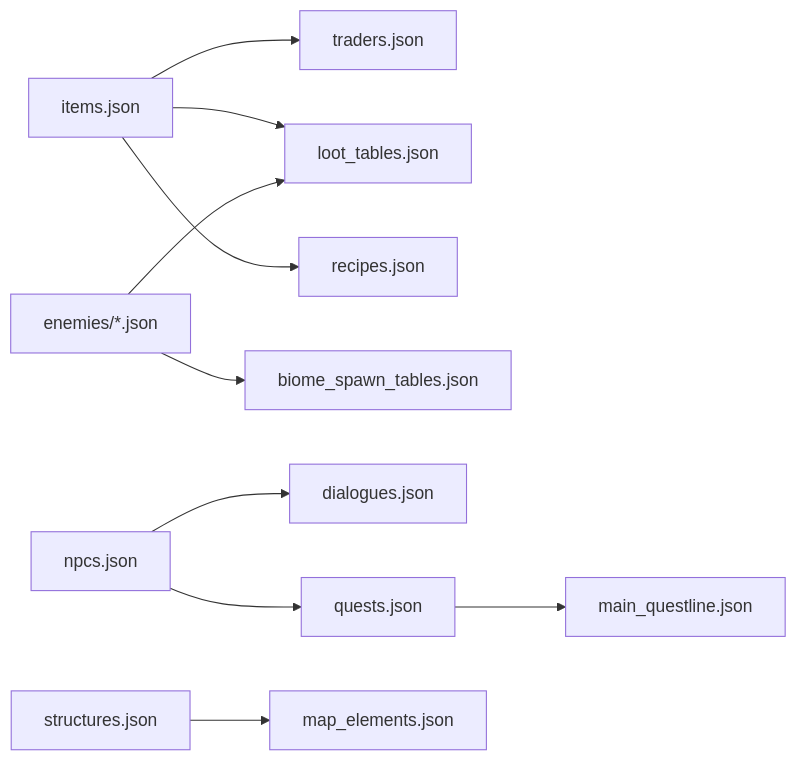
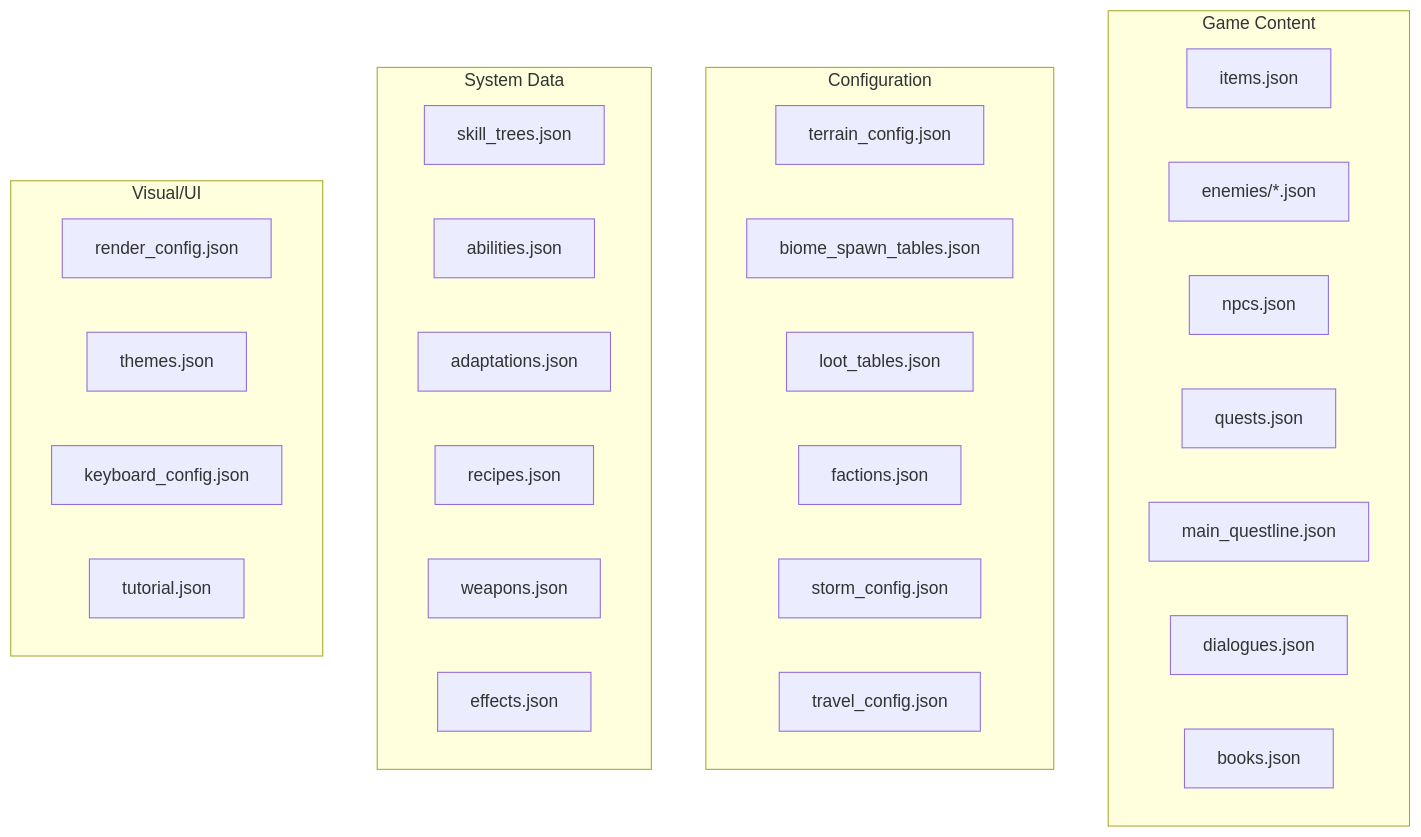
The second of 2 diagrams in .agents/summary/data_models.md (EliasVahlberg/saltglass-steppe), drawn with Mermaid before and after one commit. The commit also changed other lines of this file and 30 other files, not shown here.

````diff
--- a/.agents/summary/data_models.md
+++ b/.agents/summary/data_models.md
@@ -253,12 +162,37 @@
 ```mermaid
-graph LR
-    ITEMS["items.json"] --> TRADERS["traders.json"]
-    ITEMS --> LOOT["loot_tables.json"]
-    ITEMS --> RECIPES["recipes.json"]
-    ENEMIES["enemies/*.json"] --> SPAWN["biome_spawn_tables.json"]
-    ENEMIES --> LOOT
-    NPCS["npcs.json"] --> DIALOGUES["dialogues.json"]
-    NPCS --> QUESTS["quests.json"]
-    STRUCTURES["structures.json"] --> MAPEL["map_elements.json"]
-    QUESTS --> MAINQ["main_questline.json"]
+graph TB
+    subgraph Content["Game Content"]
+        ITEMS[items.json]
+        ENEMIES[enemies/*.json]
+        NPCS[npcs.json]
+        QUESTS[quests.json]
+        MAINQ[main_questline.json]
+        DIALOGUES[dialogues.json]
+        BOOKS[books.json]
+    end
+
+    subgraph Config["Configuration"]
+        TERRAIN[terrain_config.json]
+        BIOME_SPAWN[biome_spawn_tables.json]
+        LOOT[loot_tables.json]
+        FACTIONS[factions.json]
+        STORM[storm_config.json]
+        TRAVEL[travel_config.json]
+    end
+
+    subgraph Systems["System Data"]
+        SKILLS[skill_trees.json]
+        ABILITIES[abilities.json]
+        ADAPTATIONS[adaptations.json]
+        RECIPES[recipes.json]
+        WEAPONS[weapons.json]
+        EFFECTS_D[effects.json]
+    end
+
+    subgraph Visual["Visual/UI"]
+        RENDER[render_config.json]
+        THEMES[themes.json]
+        KEYBOARD[keyboard_config.json]
+        TUTORIAL[tutorial.json]
+    end
 ```
````
